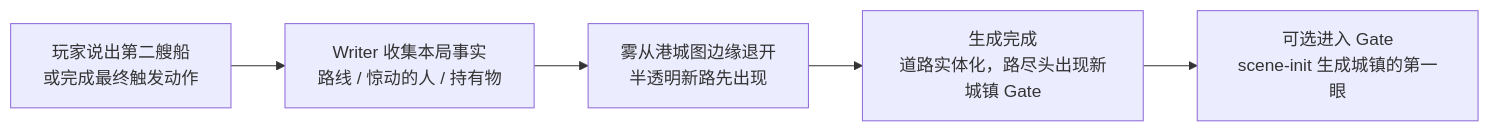
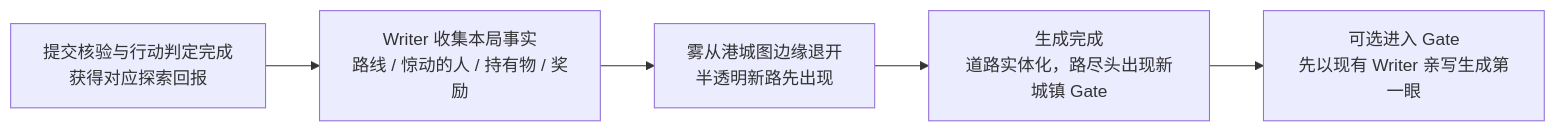
One commit to LudicDynamics/hackathon changed the fifth of 9 diagrams in docs/doc-24-五世界可玩Demo体验设计.md. Above: the diagram before and after it, drawn with Mermaid. The commit also changed other lines of this file and 11 other files, not shown here.

````diff
--- a/docs/doc-24-五世界可玩Demo体验设计.md
+++ b/docs/doc-24-五世界可玩Demo体验设计.md
@@ -212,7 +220,7 @@
 ```mermaid
 flowchart LR
-    A["玩家说出第二艘船<br/>或完成最终触发动作"] --> B["Writer 收集本局事实<br/>路线 / 惊动的人 / 持有物"]
+    A["提交核验与行动判定完成<br/>获得对应探索回报"] --> B["Writer 收集本局事实<br/>路线 / 惊动的人 / 持有物 / 奖励"]
     B --> C["雾从港城图边缘退开<br/>半透明新路先出现"]
     C --> D["生成完成<br/>道路实体化，路尽头出现新城镇 Gate"]
-    D --> E["可选进入 Gate<br/>scene-init 生成城镇的第一眼"]
+    D --> E["可选进入 Gate<br/>先以现有 Writer 亲写生成第一眼"]
 ```
````
